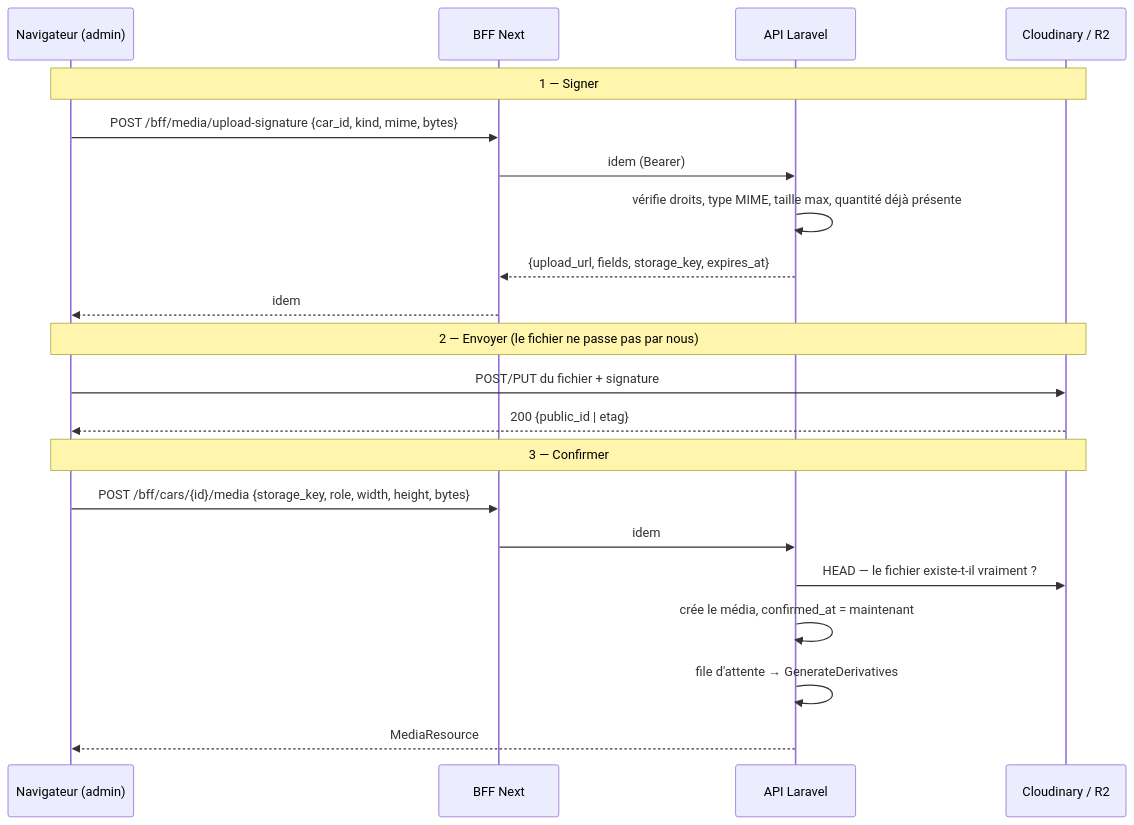
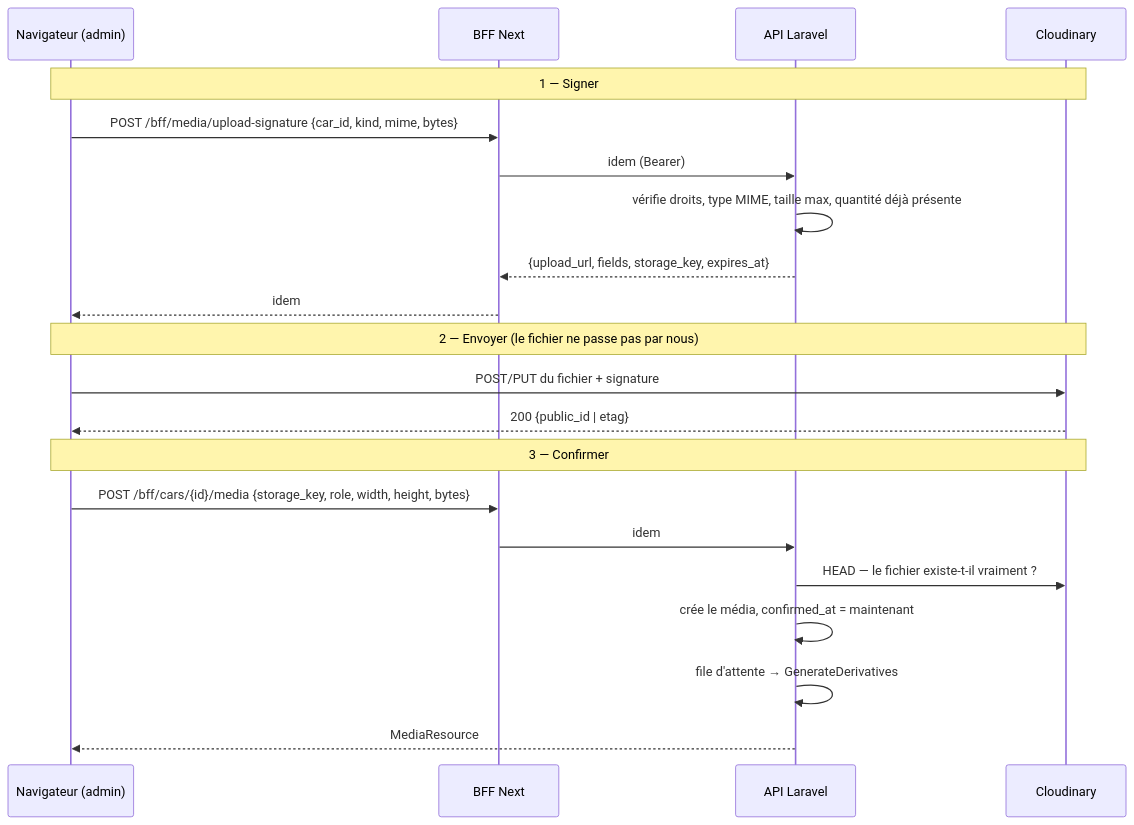
One commit to TEAM-D-EXCELLENCE/mecano changed the first of 2 diagrams in docs/01-architecture/04-pipeline-medias.md. Above: the diagram before and after it, drawn with Mermaid. The commit also changed other lines of this file and 32 other files, not shown here.

````diff
--- a/docs/01-architecture/04-pipeline-medias.md
+++ b/docs/01-architecture/04-pipeline-medias.md
@@ -28,26 +28,26 @@
 ```mermaid
 sequenceDiagram
     participant N as Navigateur (admin)
     participant B as BFF Next
     participant A as API Laravel
-    participant S as Cloudinary / R2
+    participant S as Cloudinary
 
     Note over N,S: 1 — Signer
     N->>B: POST /bff/media/upload-signature {car_id, kind, mime, bytes}
     B->>A: idem (Bearer)
     A->>A: vérifie droits, type MIME, taille max, quantité déjà présente
     A-->>B: {upload_url, fields, storage_key, expires_at}
     B-->>N: idem
 
     Note over N,S: 2 — Envoyer (le fichier ne passe pas par nous)
     N->>S: POST/PUT du fichier + signature
     S-->>N: 200 {public_id | etag}
 
     Note over N,S: 3 — Confirmer
     N->>B: POST /bff/cars/{id}/media {storage_key, role, width, height, bytes}
     B->>A: idem
     A->>S: HEAD — le fichier existe-t-il vraiment ?
     A->>A: crée le média, confirmed_at = maintenant
     A->>A: file d'attente → GenerateDerivatives
     A-->>N: MediaResource
 ```
````
